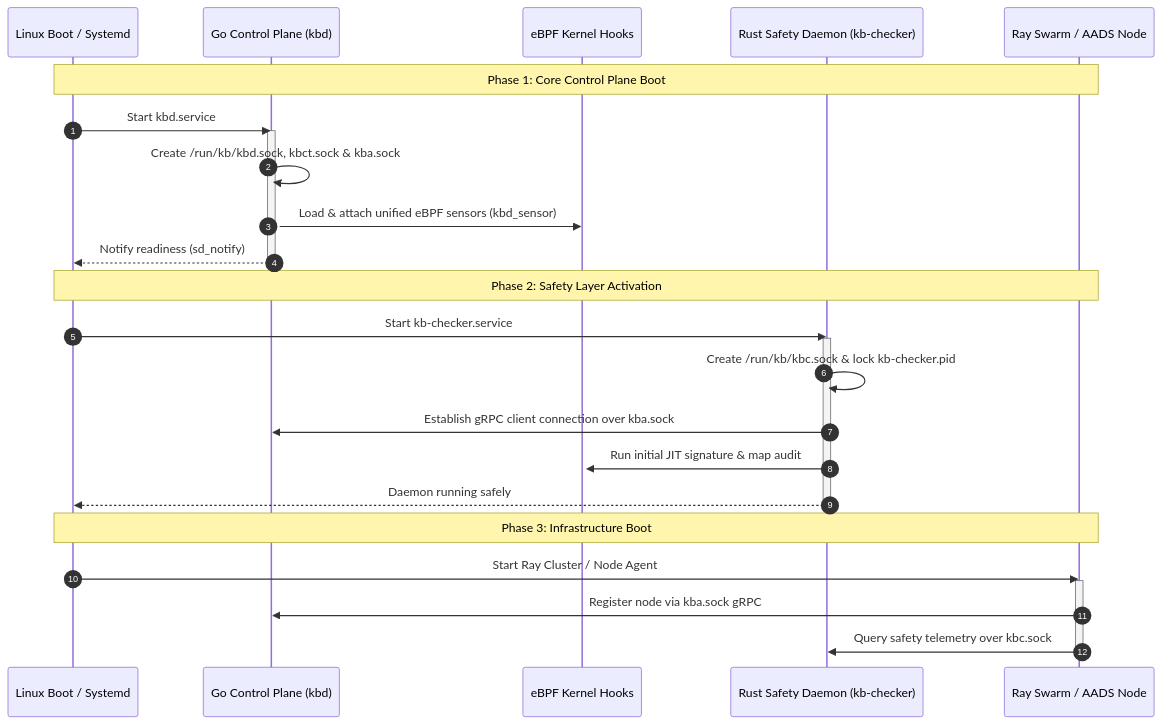
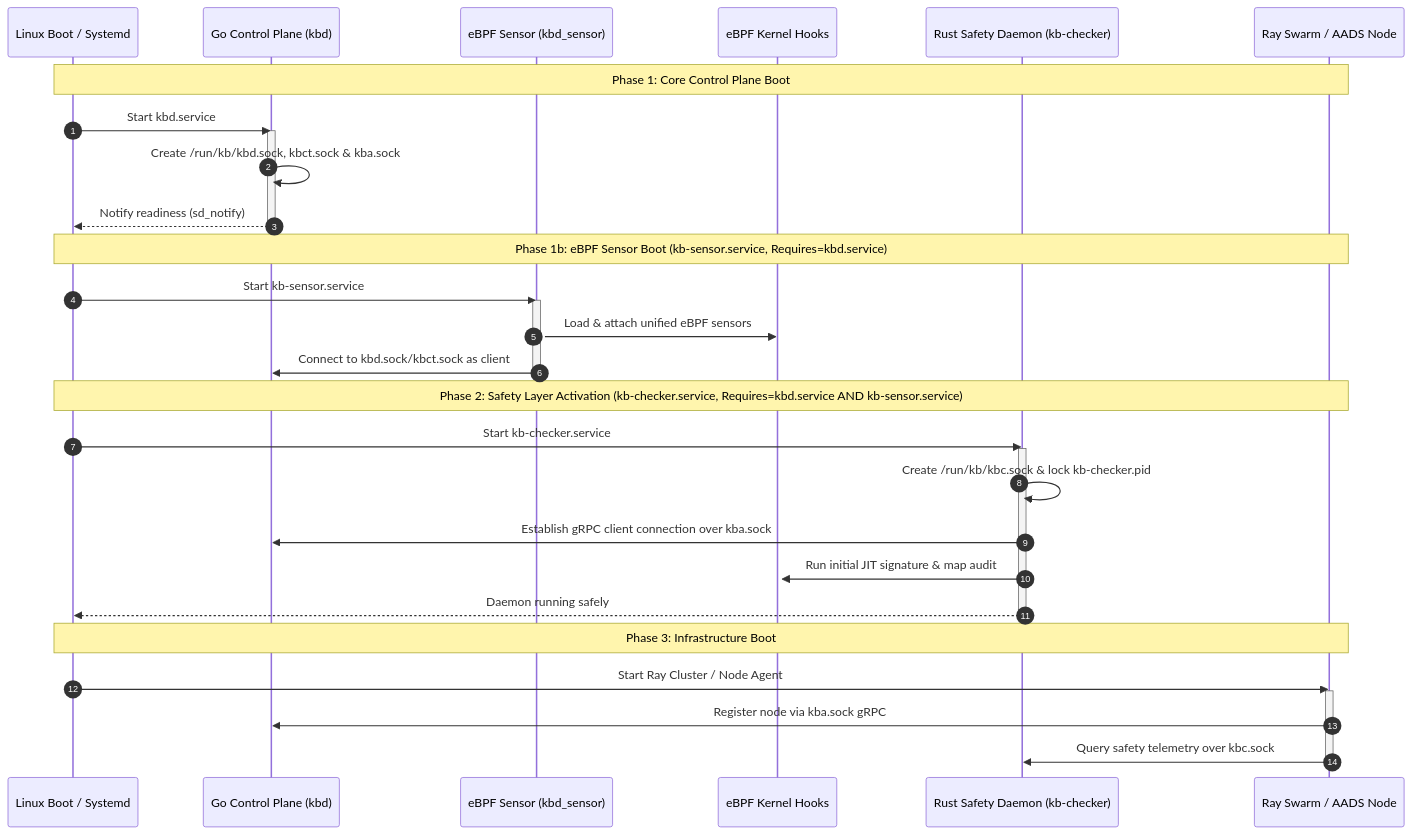
The first of 2 diagrams in docs/architecture/boot_sequence_spec.md (pardhuvarmax/kernel-borderlands), drawn with Mermaid before and after one commit. The commit also changed other lines of this file and 69 other files, not shown here.

````diff
--- a/docs/architecture/boot_sequence_spec.md
+++ b/docs/architecture/boot_sequence_spec.md
@@ -23,34 +25,41 @@
 ```mermaid
 sequenceDiagram
     autonumber
     participant Systemd as Linux Boot / Systemd
     participant KBD as Go Control Plane (kbd)
+    participant Sensor as eBPF Sensor (kbd_sensor)
     participant Kernel as eBPF Kernel Hooks
     participant KBC as Rust Safety Daemon (kb-checker)
     participant AADS as Ray Swarm / AADS Node
 
     Note over Systemd, AADS: Phase 1: Core Control Plane Boot
     Systemd->>KBD: Start kbd.service
     activate KBD
     KBD->>KBD: Create /run/kb/kbd.sock, kbct.sock & kba.sock
-    KBD->>Kernel: Load & attach unified eBPF sensors (kbd_sensor)
-    activate Kernel
     KBD-->>Systemd: Notify readiness (sd_notify)
     deactivate KBD
 
-    Note over Systemd, AADS: Phase 2: Safety Layer Activation
+    Note over Systemd, AADS: Phase 1b: eBPF Sensor Boot (kb-sensor.service, Requires=kbd.service)
+    Systemd->>Sensor: Start kb-sensor.service
+    activate Sensor
+    Sensor->>Kernel: Load & attach unified eBPF sensors
+    activate Kernel
+    Sensor->>KBD: Connect to kbd.sock/kbct.sock as client
+    deactivate Sensor
+
+    Note over Systemd, AADS: Phase 2: Safety Layer Activation (kb-checker.service, Requires=kbd.service AND kb-sensor.service)
     Systemd->>KBC: Start kb-checker.service
     activate KBC
     KBC->>KBC: Create /run/kb/kbc.sock & lock kb-checker.pid
     KBC->>KBD: Establish gRPC client connection over kba.sock
     KBC->>Kernel: Run initial JIT signature & map audit
     KBC-->>Systemd: Daemon running safely
     deactivate KBC
 
     Note over Systemd, AADS: Phase 3: Infrastructure Boot
     Systemd->>AADS: Start Ray Cluster / Node Agent
     activate AADS
     AADS->>KBD: Register node via kba.sock gRPC
     AADS->>KBC: Query safety telemetry over kbc.sock
     deactivate AADS
 ```
````
